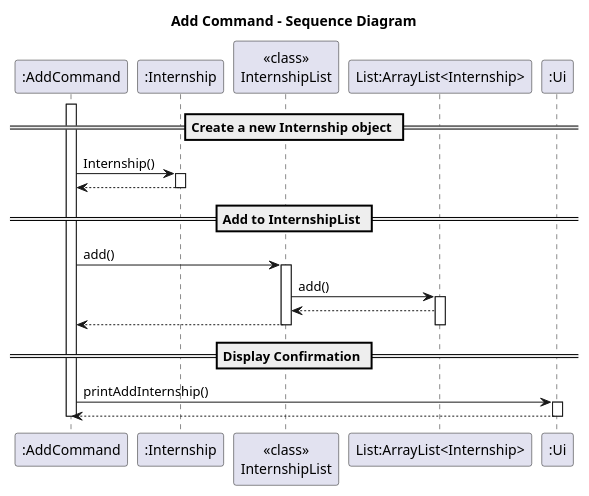
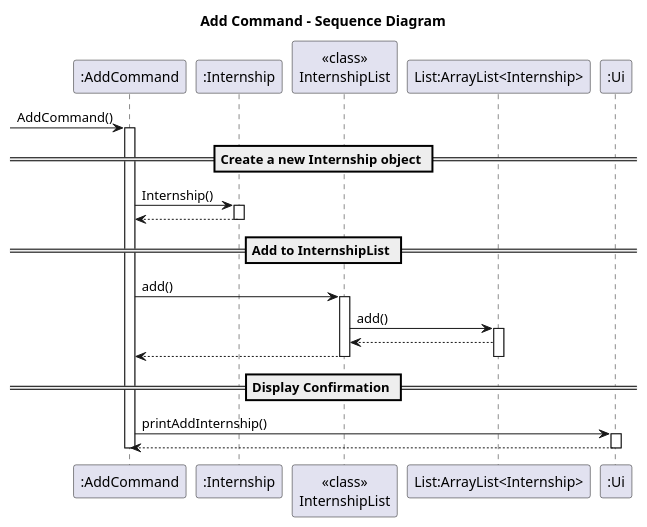
Before and after one commit to BenyAlbatross/tp: the diagram in docs/diagrams/AddCommandSD.puml, drawn with PlantUML. The commit also changed 3 other files, not shown here.

```diff
--- a/docs/diagrams/AddCommandSD.puml
+++ b/docs/diagrams/AddCommandSD.puml
@@ -1,36 +1,36 @@
 @startuml
 title Add Command - Sequence Diagram
 
 participant ":AddCommand" as AC
 participant ":Internship" as IN
 participant "<<class>>\nInternshipList" as IL
 participant "List:ArrayList<Internship>" as LI
 participant ":Ui" as Ui
 
+-> AC: AddCommand()
 activate AC
-
 == Create a new Internship object ==
 AC -> IN: Internship()
 activate IN
 IN --> AC
 deactivate IN
 
 == Add to InternshipList ==
 AC -> IL: add()
 activate IL
 IL -> LI: add()
 activate LI
 LI --> IL
 IL --> AC
 deactivate LI
 deactivate IL
 
 == Display Confirmation ==
 AC -> Ui: printAddInternship()
 activate Ui
 Ui --> AC
 deactivate Ui
 
 deactivate AC
 
 @enduml
```
